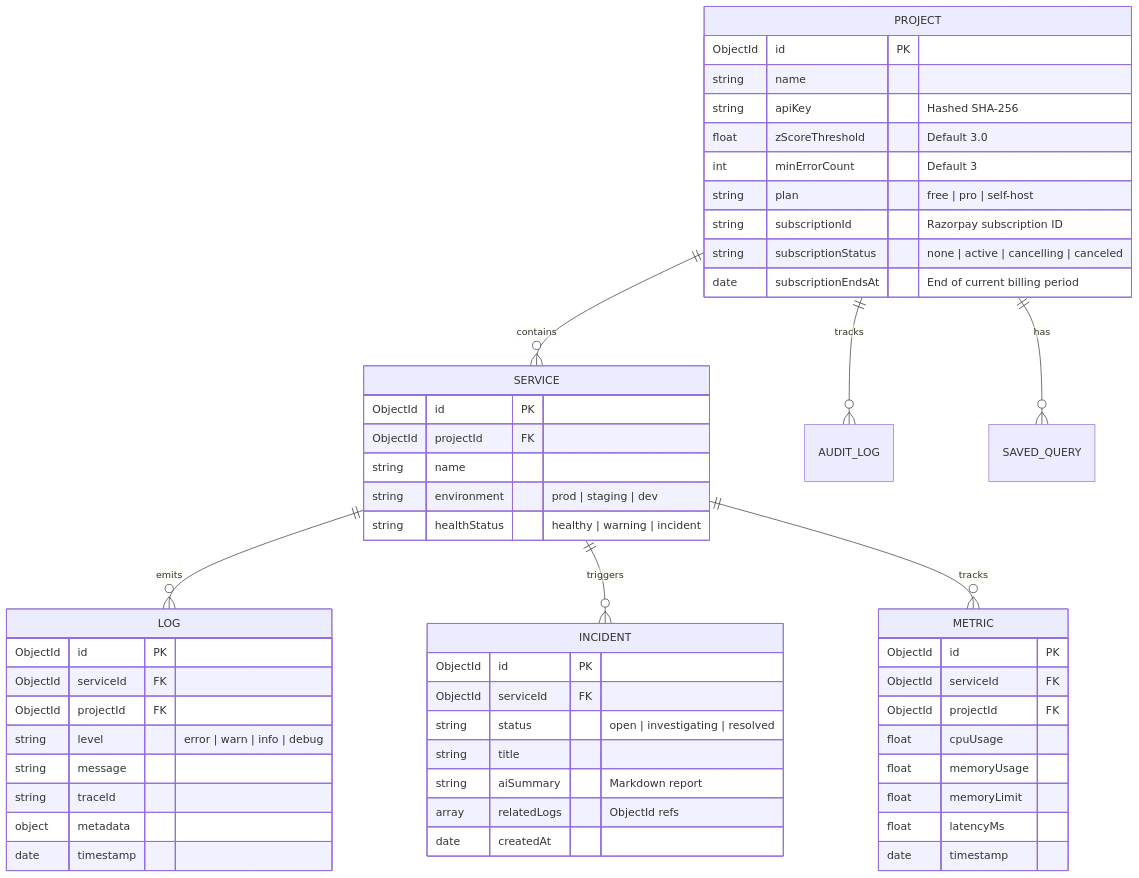
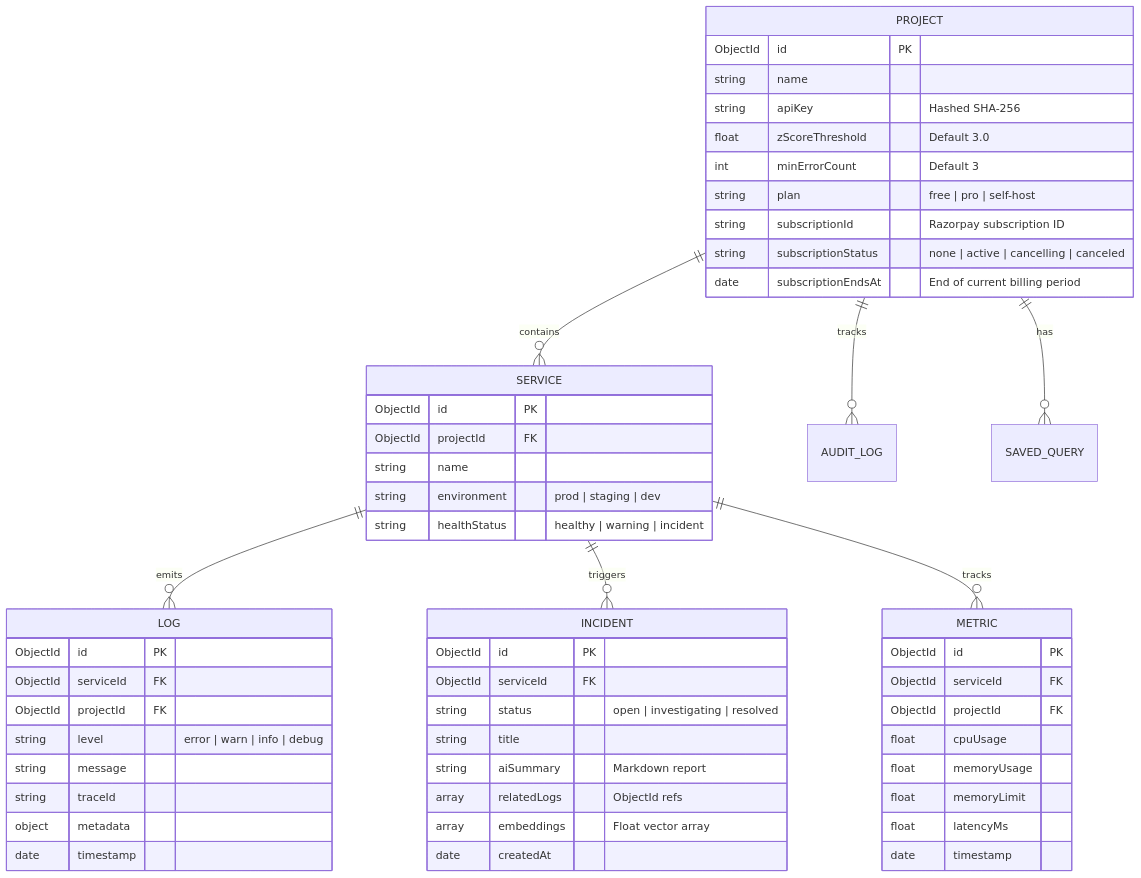
Before and after one commit to Vaibhav-Singh2/ObservabilityOS: the diagram in docs/DATABASE.md, drawn with Mermaid. The commit also changed 9 other files, not shown here.

````diff
--- a/docs/DATABASE.md
+++ b/docs/DATABASE.md
@@ -11,61 +11,62 @@
 ```mermaid
 erDiagram
     PROJECT ||--o{ SERVICE : contains
     PROJECT ||--o{ AUDIT_LOG : tracks
     PROJECT ||--o{ SAVED_QUERY : has
     SERVICE ||--o{ LOG : emits
     SERVICE ||--o{ INCIDENT : triggers
     SERVICE ||--o{ METRIC : tracks
 
     PROJECT {
         ObjectId id PK
         string name
         string apiKey "Hashed SHA-256"
         float zScoreThreshold "Default 3.0"
         int minErrorCount "Default 3"
         string plan "free | pro | self-host"
         string subscriptionId "Razorpay subscription ID"
         string subscriptionStatus "none | active | cancelling | canceled"
         date subscriptionEndsAt "End of current billing period"
     }
 
     SERVICE {
         ObjectId id PK
         ObjectId projectId FK
         string name
         string environment "prod | staging | dev"
         string healthStatus "healthy | warning | incident"
     }
 
     LOG {
         ObjectId id PK
         ObjectId serviceId FK
         ObjectId projectId FK
         string level "error | warn | info | debug"
         string message
         string traceId
         object metadata
         date timestamp
     }
 
     INCIDENT {
         ObjectId id PK
         ObjectId serviceId FK
         string status "open | investigating | resolved"
         string title
         string aiSummary "Markdown report"
         array relatedLogs "ObjectId refs"
+        array embeddings "Float vector array"
         date createdAt
     }
 
     METRIC {
         ObjectId id PK
         ObjectId serviceId FK
         ObjectId projectId FK
         float cpuUsage
         float memoryUsage
         float memoryLimit
         float latencyMs
         date timestamp
     }
 ```
````
